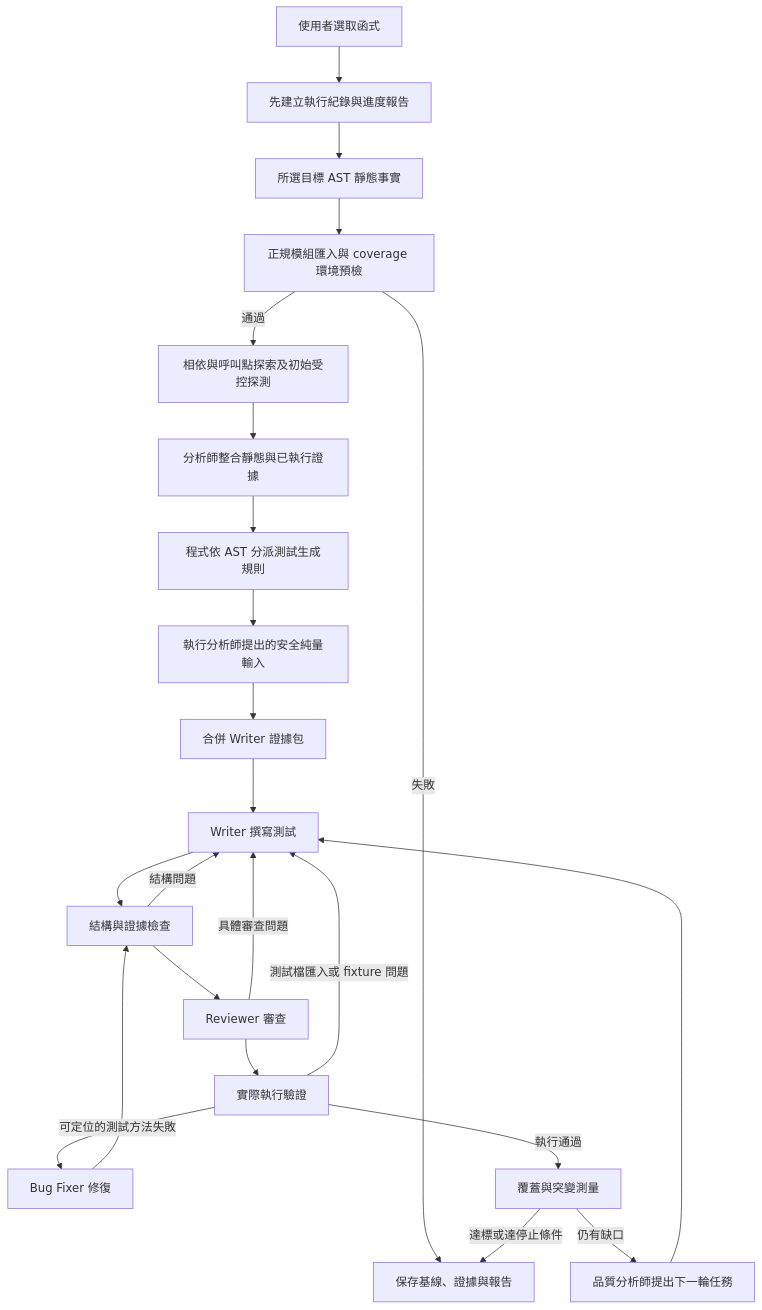
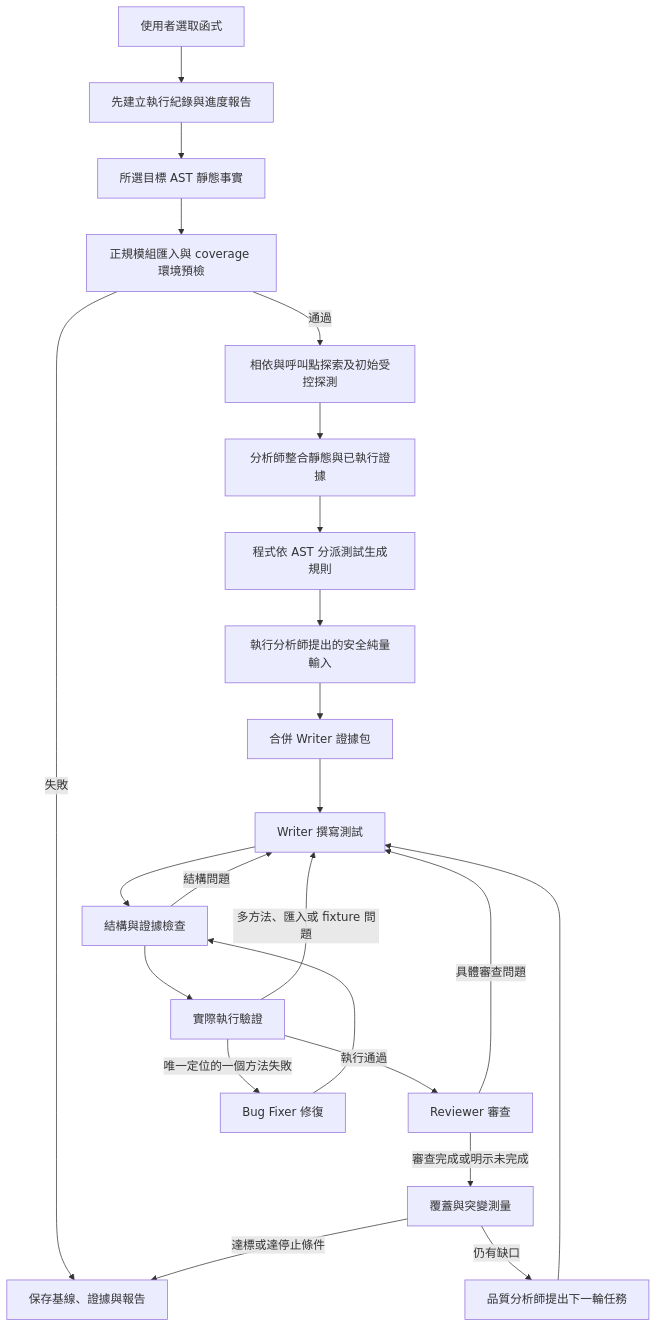
The diagram in ARCHITECTURE.md (Lane921129/vscode_llm_unit_test), drawn with Mermaid before and after one commit. The commit also changed other lines of this file and 41 other files, not shown here.

````diff
--- a/ARCHITECTURE.md
+++ b/ARCHITECTURE.md
@@ -15,25 +15,25 @@
 ```mermaid
 flowchart TD
     UI[使用者選取函式] --> Journal[先建立執行紀錄與進度報告]
     Journal --> Static[所選目標 AST 靜態事實]
     Static --> Preflight[正規模組匯入與 coverage 環境預檢]
     Preflight -->|失敗| Report[保存基線、證據與報告]
     Preflight -->|通過| InitialProbe[相依與呼叫點探索及初始受控探測]
     InitialProbe --> Analyst[分析師整合靜態與已執行證據]
     Analyst --> Rules[程式依 AST 分派測試生成規則]
     Rules --> SupplementalProbe[執行分析師提出的安全純量輸入]
     SupplementalProbe --> Bundle[合併 Writer 證據包]
     Bundle --> Writer[Writer 撰寫測試]
     Writer --> Structure[結構與證據檢查]
-    Structure --> Reviewer[Reviewer 審查]
-    Reviewer --> Validation[實際執行驗證]
+    Structure --> Validation[實際執行驗證]
+    Validation -->|執行通過| Reviewer[Reviewer 審查]
     Reviewer -->|具體審查問題| Writer
     Structure -->|結構問題| Writer
-    Validation -->|可定位的測試方法失敗| Fixer[Bug Fixer 修復]
-    Validation -->|測試檔匯入或 fixture 問題| Writer
+    Validation -->|唯一定位的一個方法失敗| Fixer[Bug Fixer 修復]
+    Validation -->|多方法、匯入或 fixture 問題| Writer
     Fixer --> Structure
-    Validation -->|執行通過| Quality[覆蓋與突變測量]
+    Reviewer -->|審查完成或明示未完成| Quality[覆蓋與突變測量]
     Quality -->|仍有缺口| QualityAnalyst[品質分析師提出下一輪任務]
     QualityAnalyst --> Writer
     Quality -->|達標或達停止條件| Report
 ```
````
